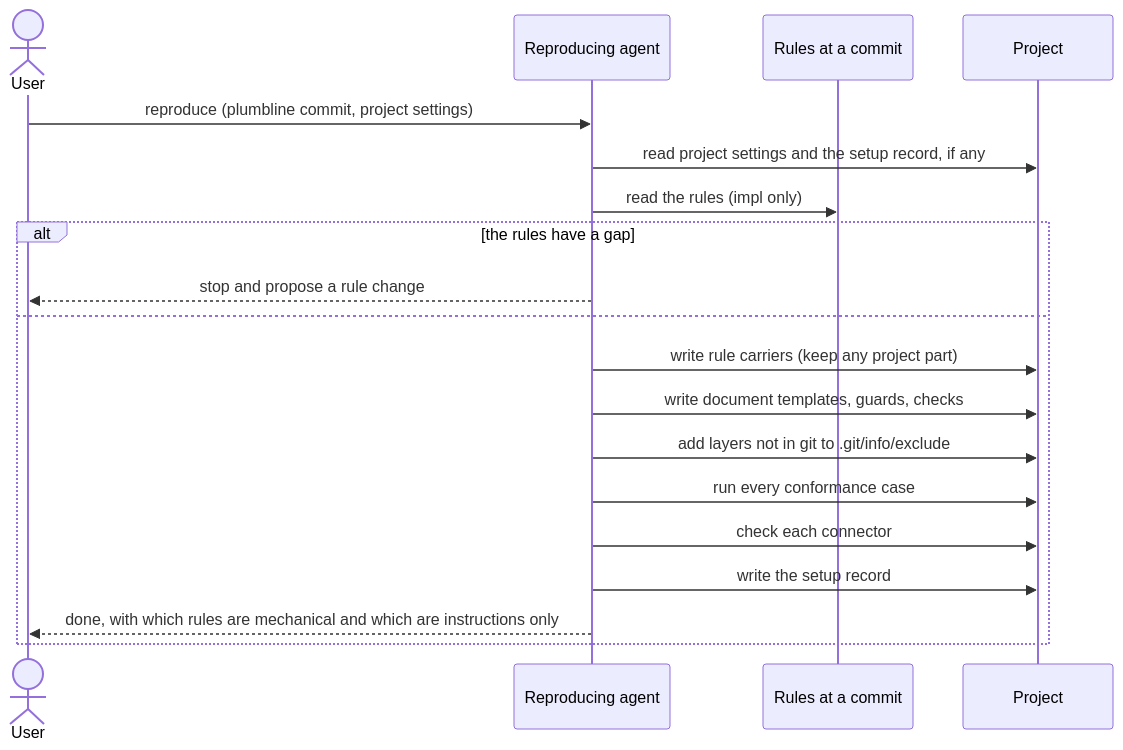
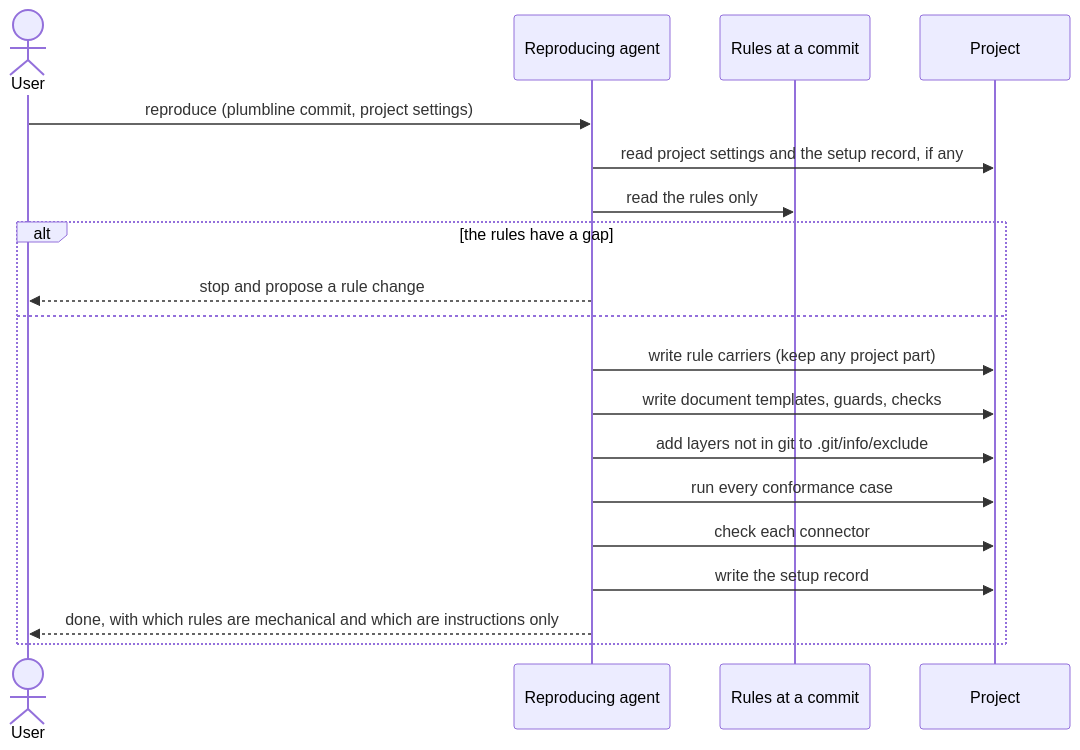
One commit to jheun66/plumbline changed the third of 4 diagrams in docs/design/overview.md. Above: the diagram before and after it, drawn with Mermaid. The commit also changed other lines of this file and 19 other files, not shown here.

````diff
--- a/docs/design/overview.md
+++ b/docs/design/overview.md
@@ -152,21 +167,21 @@
 ```mermaid
 sequenceDiagram
   actor U as User
   participant A as Reproducing agent
   participant R as Rules at a commit
   participant P as Project
   U->>A: reproduce (plumbline commit, project settings)
   A->>P: read project settings and the setup record, if any
-  A->>R: read the rules (impl only)
+  A->>R: read the rules only
   alt the rules have a gap
     A-->>U: stop and propose a rule change
   else
     A->>P: write rule carriers (keep any project part)
     A->>P: write document templates, guards, checks
     A->>P: add layers not in git to .git/info/exclude
     A->>P: run every conformance case
     A->>P: check each connector
     A->>P: write the setup record
     A-->>U: done, with which rules are mechanical and which are instructions only
   end
 ```
````
